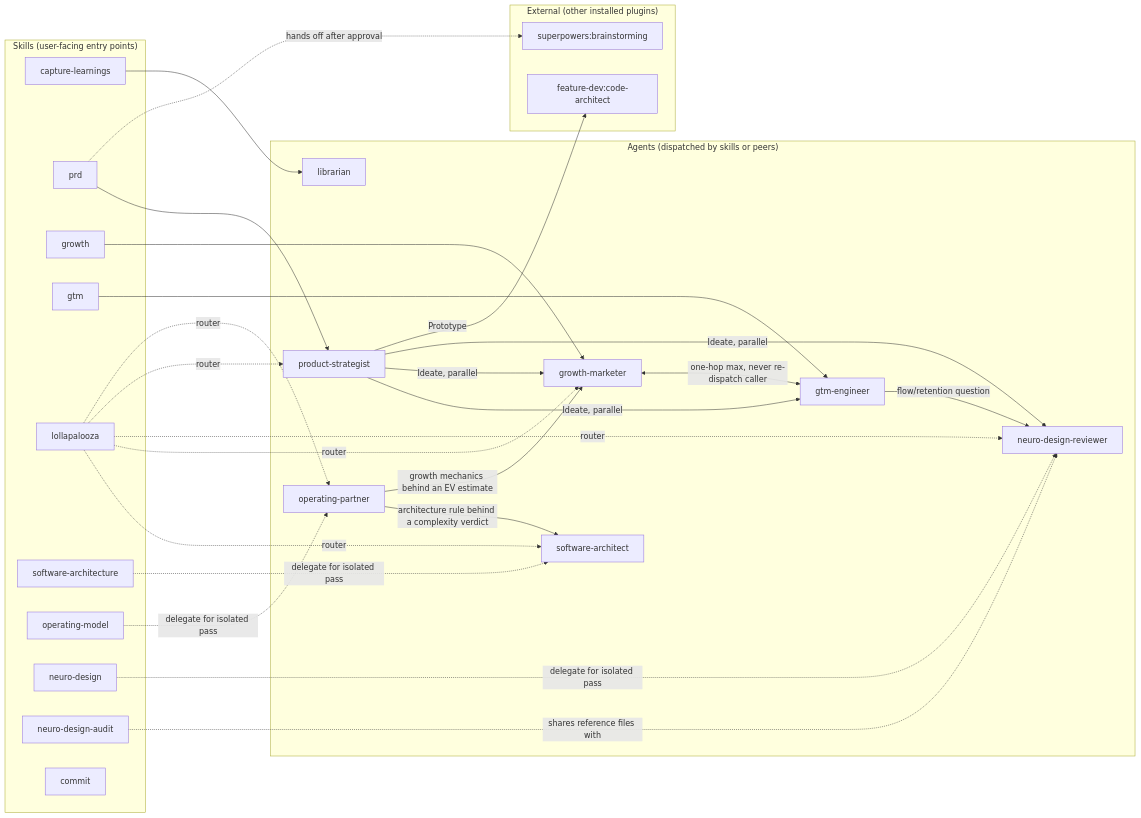
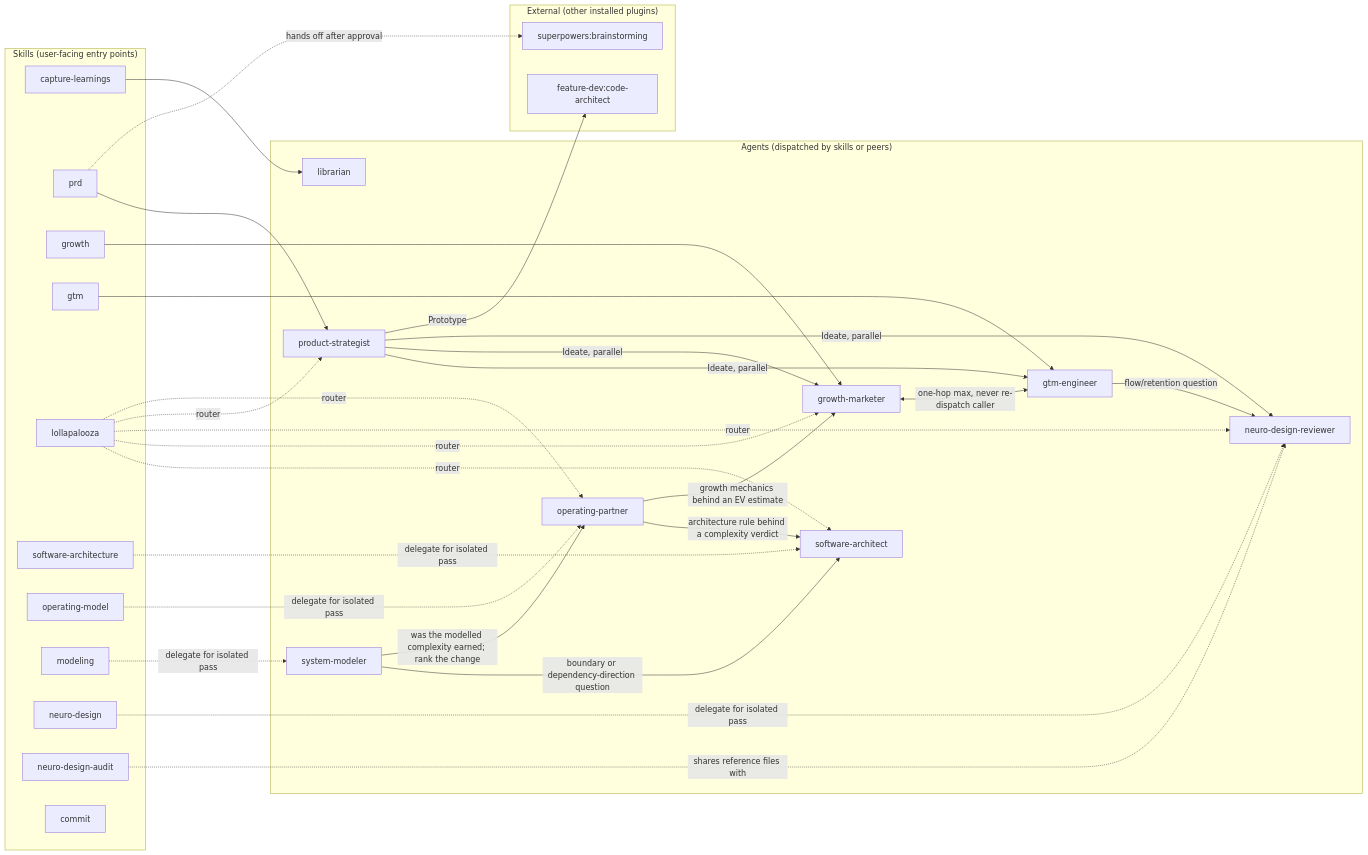
The diagram in docs/architecture.md (bernardoforcillo/copilot), drawn with Mermaid before and after one commit. The commit also changed other lines of this file and 29 other files, not shown here.

````diff
--- a/docs/architecture.md
+++ b/docs/architecture.md
@@ -13,56 +13,62 @@
 ```mermaid
 graph LR
   subgraph Skills["Skills (user-facing entry points)"]
     capture-learnings
     prd
     growth
     gtm
     lollapalooza
     software-architecture
     operating-model
+    modeling
     neuro-design
     neuro-design-audit
     commit
   end
 
   subgraph Agents["Agents (dispatched by skills or peers)"]
     librarian
     product-strategist
     growth-marketer
     gtm-engineer
     software-architect
     operating-partner
+    system-modeler
     neuro-design-reviewer
   end
 
   subgraph External["External (other installed plugins)"]
     code-architect["feature-dev:code-architect"]
     brainstorming["superpowers:brainstorming"]
   end
 
   capture-learnings --> librarian
   prd --> product-strategist
   growth --> growth-marketer
   gtm --> gtm-engineer
   lollapalooza -.router.-> software-architect
   lollapalooza -.router.-> growth-marketer
   lollapalooza -.router.-> neuro-design-reviewer
   lollapalooza -.router.-> product-strategist
   lollapalooza -.router.-> operating-partner
   software-architecture -.delegate for isolated pass.-> software-architect
   operating-model -.delegate for isolated pass.-> operating-partner
+  modeling -.delegate for isolated pass.-> system-modeler
   neuro-design -.delegate for isolated pass.-> neuro-design-reviewer
   neuro-design-audit -.shares reference files with.-> neuro-design-reviewer
 
   product-strategist -->|Ideate, parallel| gtm-engineer
   product-strategist -->|Ideate, parallel| growth-marketer
   product-strategist -->|Ideate, parallel| neuro-design-reviewer
   product-strategist -->|Prototype| code-architect
   prd -.hands off after approval.-> brainstorming
 
   growth-marketer <-->|one-hop max, never re-dispatch caller| gtm-engineer
   gtm-engineer -->|flow/retention question| neuro-design-reviewer
 
   operating-partner -->|architecture rule behind a complexity verdict| software-architect
   operating-partner -->|growth mechanics behind an EV estimate| growth-marketer
+
+  system-modeler -->|boundary or dependency-direction question| software-architect
+  system-modeler -->|was the modelled complexity earned; rank the change| operating-partner
 ```
````
